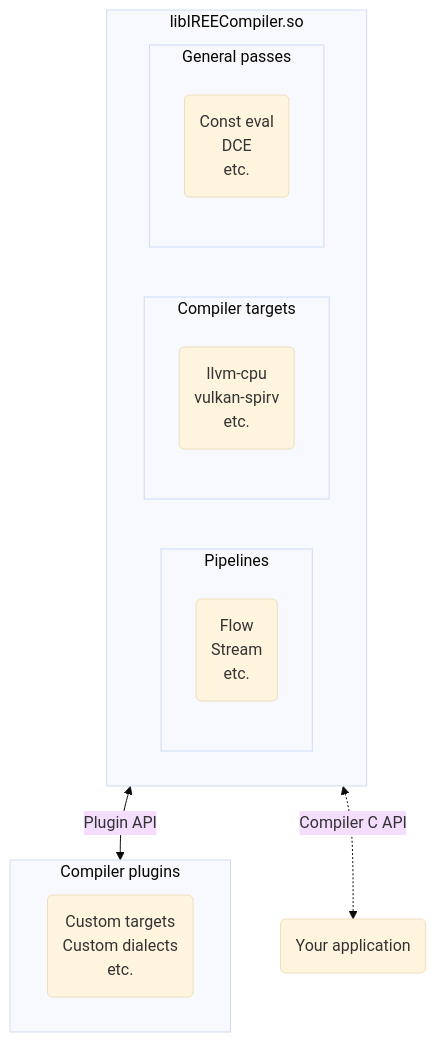
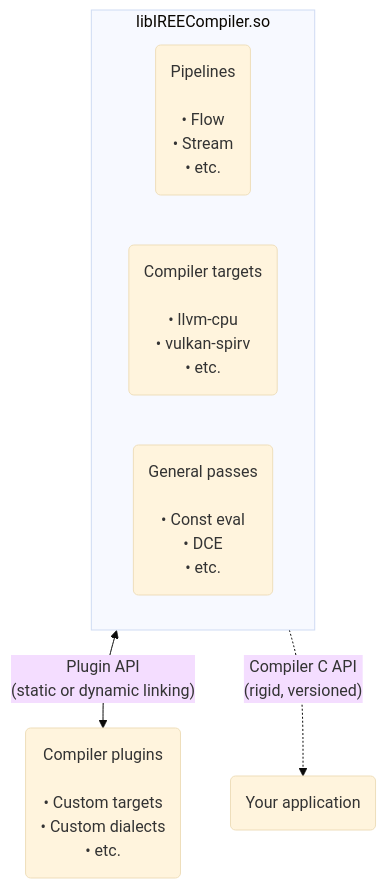
Before and after one commit to ScottTodd/iree: the first of 3 diagrams in docs/website/docs/reference/bindings/c-api.md, drawn with Mermaid (base theme). The commit also changed other lines of this file, not shown here.

Commit message:
Polish diagrams, add high level and low level runtime API diagrams.

````diff
--- a/docs/website/docs/reference/bindings/c-api.md
+++ b/docs/website/docs/reference/bindings/c-api.md
@@ -38,23 +38,33 @@
 ```mermaid
 graph TD
   subgraph compiler[libIREECompiler.so]
-    subgraph pipelines[Pipelines]
-        pipelines_list(Flow<br>Stream<br>etc.)
-    end
-    subgraph targets[Compiler targets]
-        targets_list(llvm-cpu<br>vulkan-spirv<br>etc.)
-    end
-    subgraph passes[General passes]
-        passes_list(Const eval<br>DCE<br>etc.)
-    end
+    pipelines("Pipelines
+
+    • Flow
+    • Stream
+    • etc.")
+
+    targets("Compiler targets
+
+    • llvm-cpu
+    • vulkan-spirv
+    • etc.")
+
+    passes("General passes
+
+    • Const eval
+    • DCE
+    • etc.")
   end
 
-  subgraph plugins[Compiler plugins]
-    plugins_list(Custom targets<br>Custom dialects<br>etc.)
-  end
+  plugins("Compiler plugins
+
+    • Custom targets
+    • Custom dialects
+    • etc.")
 
   application(Your application)
 
-  compiler <-- Plugin API --> plugins
-  compiler <-. Compiler C API .-> application
+  compiler <-- "Plugin API<br>(static or dynamic linking)" --> plugins
+  compiler -. "Compiler C API<br>(rigid, versioned)" .-> application
 ```
````
